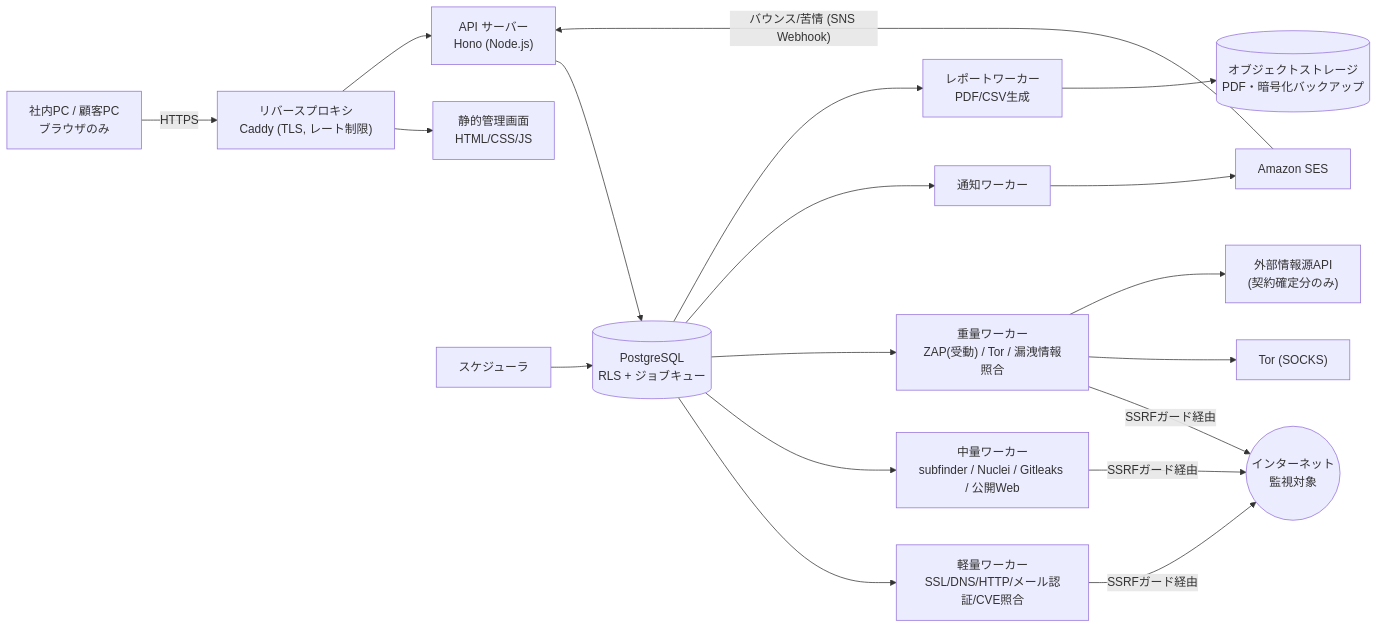
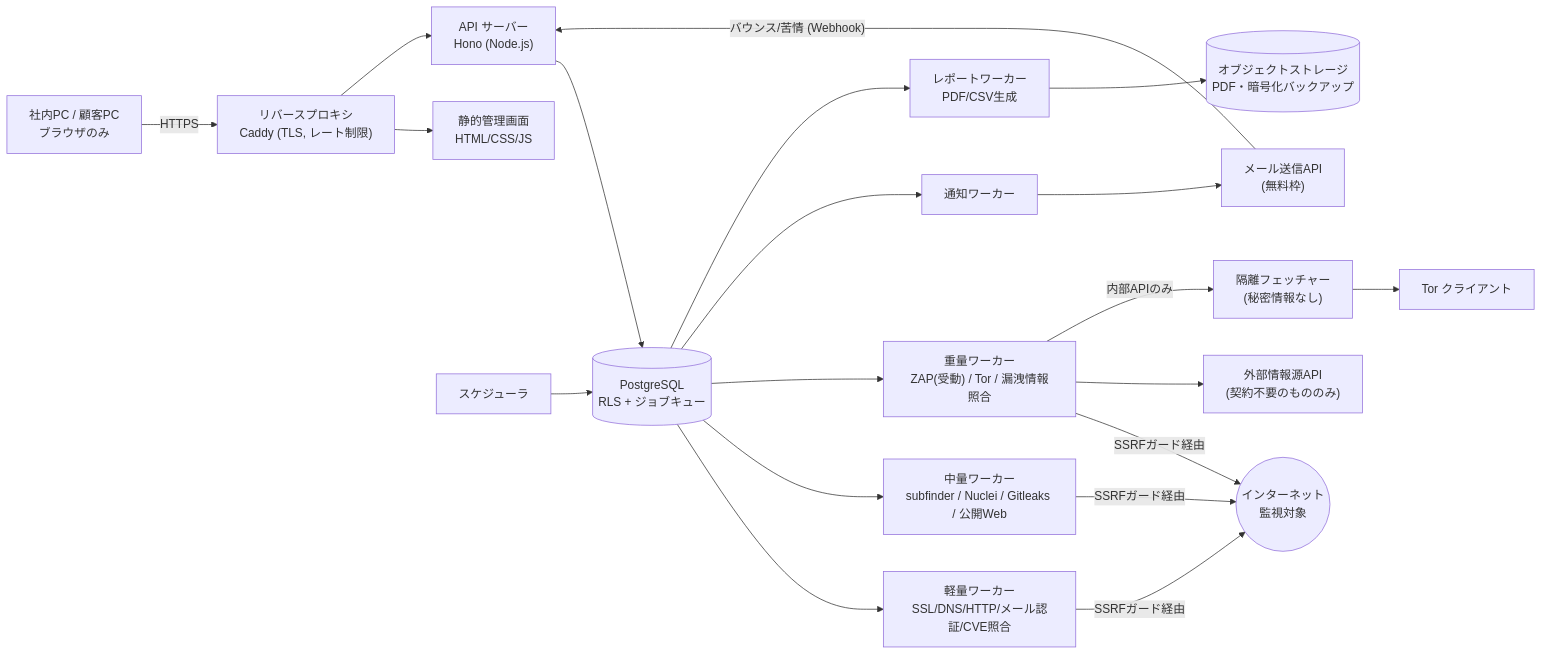
The diagram in docs/DESIGN.md (hiirocreate/DeepSec), drawn with Mermaid before and after one commit. The commit also changed other lines of this file, not shown here.

````diff
--- a/docs/DESIGN.md
+++ b/docs/DESIGN.md
@@ -11,19 +11,20 @@
 ```mermaid
 flowchart LR
   PC["社内PC / 顧客PC<br/>ブラウザのみ"] -->|HTTPS| RP["リバースプロキシ<br/>Caddy (TLS, レート制限)"]
   RP --> WEB["静的管理画面<br/>HTML/CSS/JS"]
   RP --> API["API サーバー<br/>Hono (Node.js)"]
   API --> DB[("PostgreSQL<br/>RLS + ジョブキュー")]
   SCH["スケジューラ"] --> DB
   DB --> WL["軽量ワーカー<br/>SSL/DNS/HTTP/メール認証/CVE照合"]
   DB --> WM["中量ワーカー<br/>subfinder / Nuclei / Gitleaks / 公開Web"]
   DB --> WH["重量ワーカー<br/>ZAP(受動) / Tor / 漏洩情報照合"]
   DB --> WN["通知ワーカー"]
   DB --> WR["レポートワーカー<br/>PDF/CSV生成"]
   WL & WM & WH -->|"SSRFガード経由"| NET(("インターネット<br/>監視対象"))
-  WH --> TOR["Tor (SOCKS)"]
-  WH --> EXT["外部情報源API<br/>(契約確定分のみ)"]
-  WN --> SES["Amazon SES"]
-  SES -->|"バウンス/苦情 (SNS Webhook)"| API
+  WH --> EXT["外部情報源API<br/>(契約不要のもののみ)"]
+  WH -->|"内部APIのみ"| DF["隔離フェッチャー<br/>(秘密情報なし)"]
+  DF --> TOR["Tor クライアント"]
+  WN --> SES["メール送信API<br/>(無料枠)"]
+  SES -->|"バウンス/苦情 (Webhook)"| API
   WR --> OBJ[("オブジェクトストレージ<br/>PDF・暗号化バックアップ")]
 ```
````
